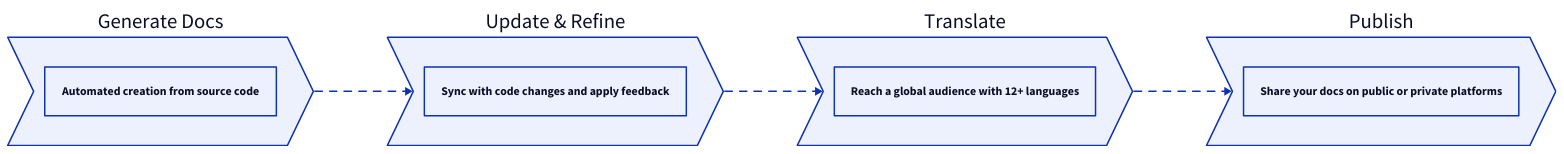
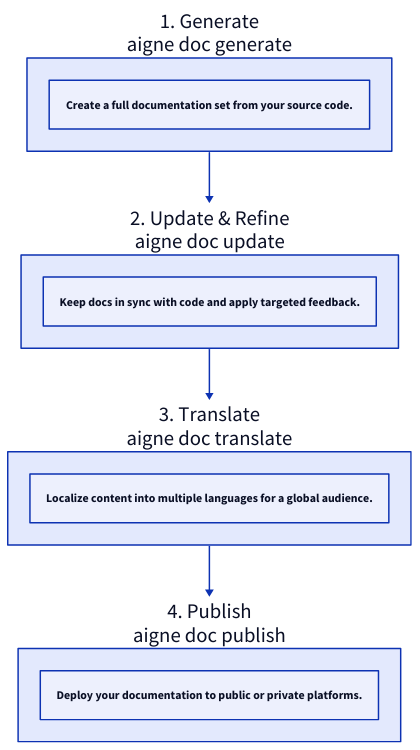
Before and after one commit to li-yechao/aigne-doc-smith: the diagram in docs/features.md, drawn with D2. The commit also changed other lines of this file and 37 other files, not shown here.

````diff
--- a/docs/features.md
+++ b/docs/features.md
@@ -11,27 +5,29 @@
 ```d2
-direction: right
+direction: down
 
-"Generate Docs": {
-  shape: step
-  description: "Automated creation from source code"
+Generate: {
+  label: "1. Generate\naigne doc generate"
+  shape: rectangle
+  description: "Create a full documentation set from your source code."
 }
 
-"Update & Refine": {
-  shape: step
-  description: "Sync with code changes and apply feedback"
+Refine: {
+  label: "2. Update & Refine\naigne doc update"
+  shape: rectangle
+  description: "Keep docs in sync with code and apply targeted feedback."
 }
 
-"Translate": {
-  shape: step
-  description: "Reach a global audience with 12+ languages"
+Translate: {
+  label: "3. Translate\naigne doc translate"
+  shape: rectangle
+  description: "Localize content into multiple languages for a global audience."
 }
 
-"Publish": {
-  shape: step
-  description: "Share your docs on public or private platforms"
+Publish: {
+  label: "4. Publish\naigne doc publish"
+  shape: rectangle
+  description: "Deploy your documentation to public or private platforms."
 }
 
-"Generate Docs" -> "Update & Refine" -> "Translate" -> "Publish" {
-  style.animated: true
-}
+Generate -> Refine -> Translate -> Publish
 ```
````
